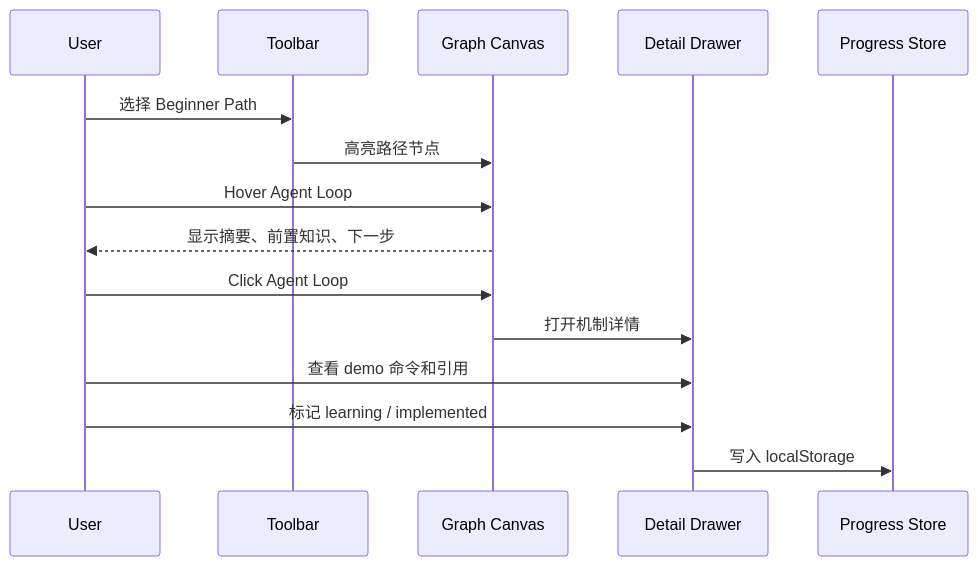
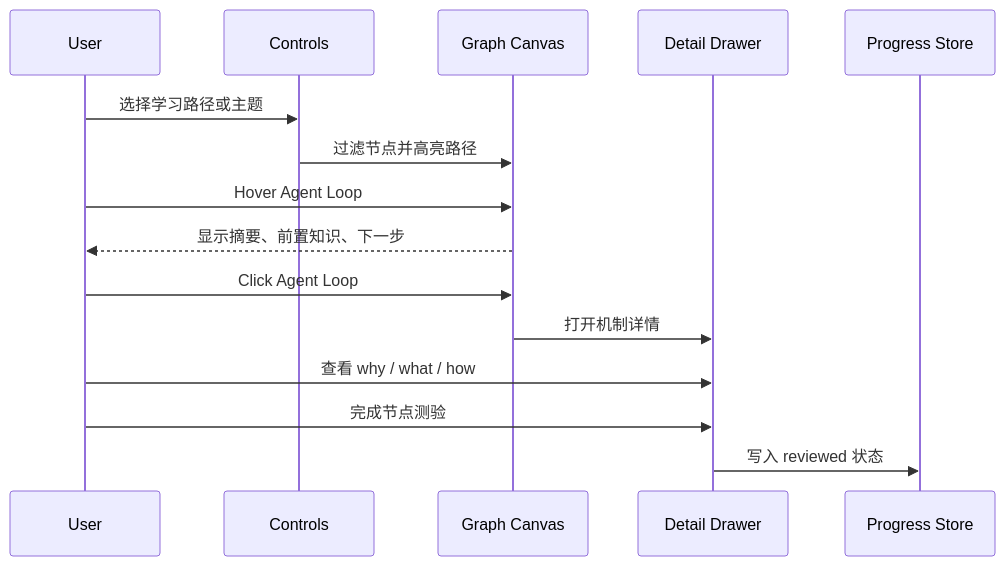
The second of 3 diagrams in apps/knowledge-graph/docs/overall-design.md (JasonxzWen/agent-harness-lab), drawn with Mermaid before and after one commit. The commit also changed other lines of this file and 14 other files, not shown here.

Commit message:
feat: complete knowledge graph enhancements

````diff
--- a/apps/knowledge-graph/docs/overall-design.md
+++ b/apps/knowledge-graph/docs/overall-design.md
@@ -28,18 +28,18 @@
 ```mermaid
 sequenceDiagram
     participant U as User
-    participant T as Toolbar
+    participant C as Controls
     participant G as Graph Canvas
     participant D as Detail Drawer
     participant P as Progress Store
 
-    U->>T: 选择 Beginner Path
-    T->>G: 高亮路径节点
+    U->>C: 选择学习路径或主题
+    C->>G: 过滤节点并高亮路径
     U->>G: Hover Agent Loop
     G-->>U: 显示摘要、前置知识、下一步
     U->>G: Click Agent Loop
     G->>D: 打开机制详情
-    U->>D: 查看 demo 命令和引用
-    U->>D: 标记 learning / implemented
-    D->>P: 写入 localStorage
+    U->>D: 查看 why / what / how
+    U->>D: 完成节点测验
+    D->>P: 写入 reviewed 状态
 ```
````
